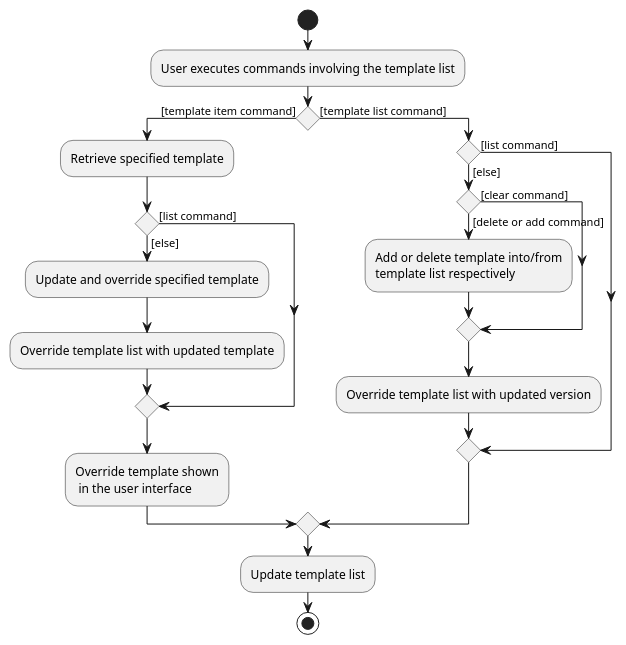
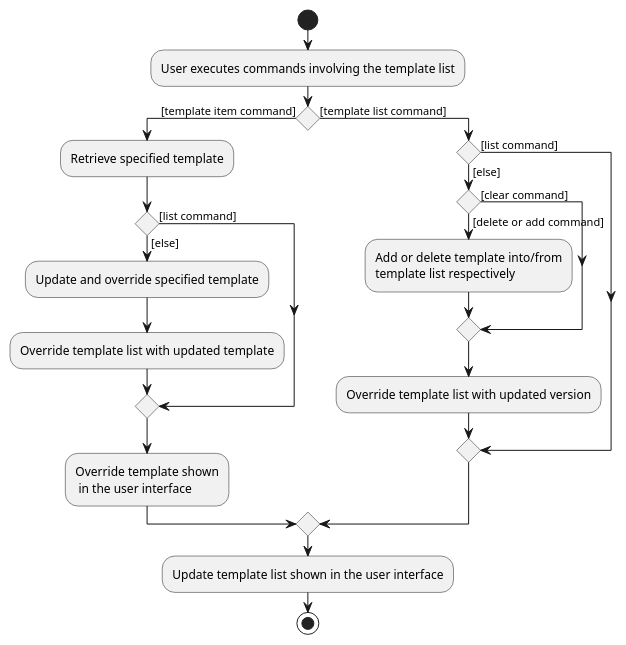
One commit to nus-cs2103-AY1920S1/addressbook-level3 changed the diagram in docs/diagrams/TemplateListCommandUIActivityDiagram.puml. Above: the diagram before and after it, drawn with PlantUML. The commit also changed 2 other files, not shown here.

Commit message:
Edit DG, Activity Diagram, PPP

```diff
--- a/docs/diagrams/TemplateListCommandUIActivityDiagram.puml
+++ b/docs/diagrams/TemplateListCommandUIActivityDiagram.puml
@@ -1,30 +1,30 @@
 @startuml
 start
 :User executes commands involving the template list;
 
 'Since the beta syntax does not support placing the condition outside the
 'diamond we place it as the true branch instead.
 
     if () then ([template item command])
         :Retrieve specified template;
         if () then  ([list command])
         else([else])
         :Update and override specified template;
         :Override template list with updated template;
         endif
         :Override template shown
          in the user interface;
     else ([template list command])
         if () then ([list command])
         else ([else])
             if () then ([delete or add command])
                 :Add or delete template into/from
                 template list respectively;
             else([clear command])
             endif
             :Override template list with updated version;
         endif
     endif
-    :Update template list;
+    :Update template list shown in the user interface;
 stop
 @enduml
```
